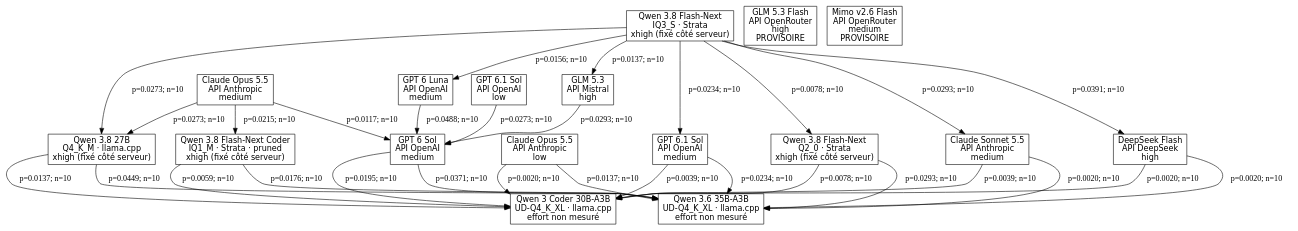
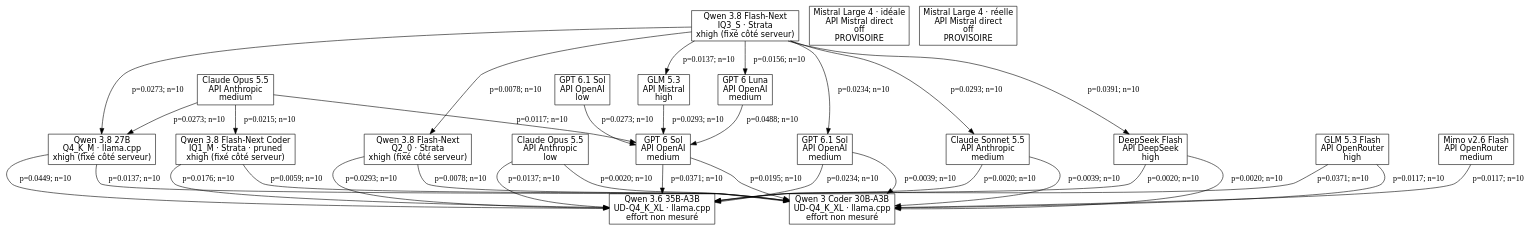
One commit to MinhHaDuong/ImperialDragonHarness changed the diagram in docs/tournament-graphs/quality.dot. Above: the diagram before and after it, drawn with Graphviz. The commit also changed 17 other files, not shown here.

```diff
--- a/docs/tournament-graphs/quality.dot
+++ b/docs/tournament-graphs/quality.dot
@@ -1,50 +1,55 @@
 digraph G {
 rankdir=TB;
 node [shape=box, fontname="DejaVu Sans"];
 a [label="Qwen 3.8 27B\nQ4_K_M · llama.cpp\nxhigh (fixé côté serveur)"];
 b [label="Qwen 3.8 Flash-Next Coder\nIQ1_M · Strata · pruned\nxhigh (fixé côté serveur)"];
 b2 [label="Qwen 3.8 Flash-Next\nIQ3_S · Strata\nxhigh (fixé côté serveur)"];
 b3 [label="Qwen 3.8 Flash-Next\nQ2_0 · Strata\nxhigh (fixé côté serveur)"];
 c [label="Qwen 3.6 35B-A3B\nUD-Q4_K_XL · llama.cpp\neffort non mesuré"];
 c2 [label="Qwen 3 Coder 30B-A3B\nUD-Q4_K_XL · llama.cpp\neffort non mesuré"];
 d [label="Claude Opus 5.5\nAPI Anthropic\nmedium"];
 d2 [label="Claude Opus 5.5\nAPI Anthropic\nlow"];
 e [label="GPT 6 Sol\nAPI OpenAI\nmedium"];
 e2 [label="GPT 6.1 Sol\nAPI OpenAI\nlow"];
 e3 [label="GPT 6.1 Sol\nAPI OpenAI\nmedium"];
 f [label="GLM 5.3\nAPI Mistral\nhigh"];
 g [label="Claude Sonnet 5.5\nAPI Anthropic\nmedium"];
 i [label="DeepSeek Flash\nAPI DeepSeek\nhigh"];
-j [label="GLM 5.3 Flash\nAPI OpenRouter\nhigh\nPROVISOIRE"];
-k [label="Mimo v2.6 Flash\nAPI OpenRouter\nmedium\nPROVISOIRE"];
+j [label="GLM 5.3 Flash\nAPI OpenRouter\nhigh"];
+k [label="Mimo v2.6 Flash\nAPI OpenRouter\nmedium"];
 l [label="GPT 6 Luna\nAPI OpenAI\nmedium"];
+mi [label="Mistral Large 4 · idéale\nAPI Mistral direct\noff\nPROVISOIRE"];
+mr [label="Mistral Large 4 · réelle\nAPI Mistral direct\noff\nPROVISOIRE"];
 a -> c [label="p=0.0449; n=10"];
 a -> c2 [label="p=0.0137; n=10"];
 b -> c [label="p=0.0176; n=10"];
 b -> c2 [label="p=0.0059; n=10"];
 b2 -> a [label="p=0.0273; n=10"];
 b2 -> b3 [label="p=0.0078; n=10"];
 b2 -> e3 [label="p=0.0234; n=10"];
 b2 -> f [label="p=0.0137; n=10"];
 b2 -> g [label="p=0.0293; n=10"];
 b2 -> i [label="p=0.0391; n=10"];
 b2 -> l [label="p=0.0156; n=10"];
 b3 -> c [label="p=0.0293; n=10"];
 b3 -> c2 [label="p=0.0078; n=10"];
 d -> a [label="p=0.0273; n=10"];
 d -> b [label="p=0.0215; n=10"];
 d -> e [label="p=0.0117; n=10"];
 d2 -> c [label="p=0.0137; n=10"];
 d2 -> c2 [label="p=0.0020; n=10"];
 e -> c [label="p=0.0371; n=10"];
 e -> c2 [label="p=0.0195; n=10"];
 e2 -> e [label="p=0.0273; n=10"];
 e3 -> c [label="p=0.0234; n=10"];
 e3 -> c2 [label="p=0.0039; n=10"];
 f -> e [label="p=0.0293; n=10"];
 g -> c [label="p=0.0020; n=10"];
 g -> c2 [label="p=0.0039; n=10"];
 i -> c [label="p=0.0020; n=10"];
 i -> c2 [label="p=0.0020; n=10"];
+j -> c [label="p=0.0371; n=10"];
+j -> c2 [label="p=0.0117; n=10"];
+k -> c2 [label="p=0.0117; n=10"];
 l -> e [label="p=0.0488; n=10"];
 }
```
